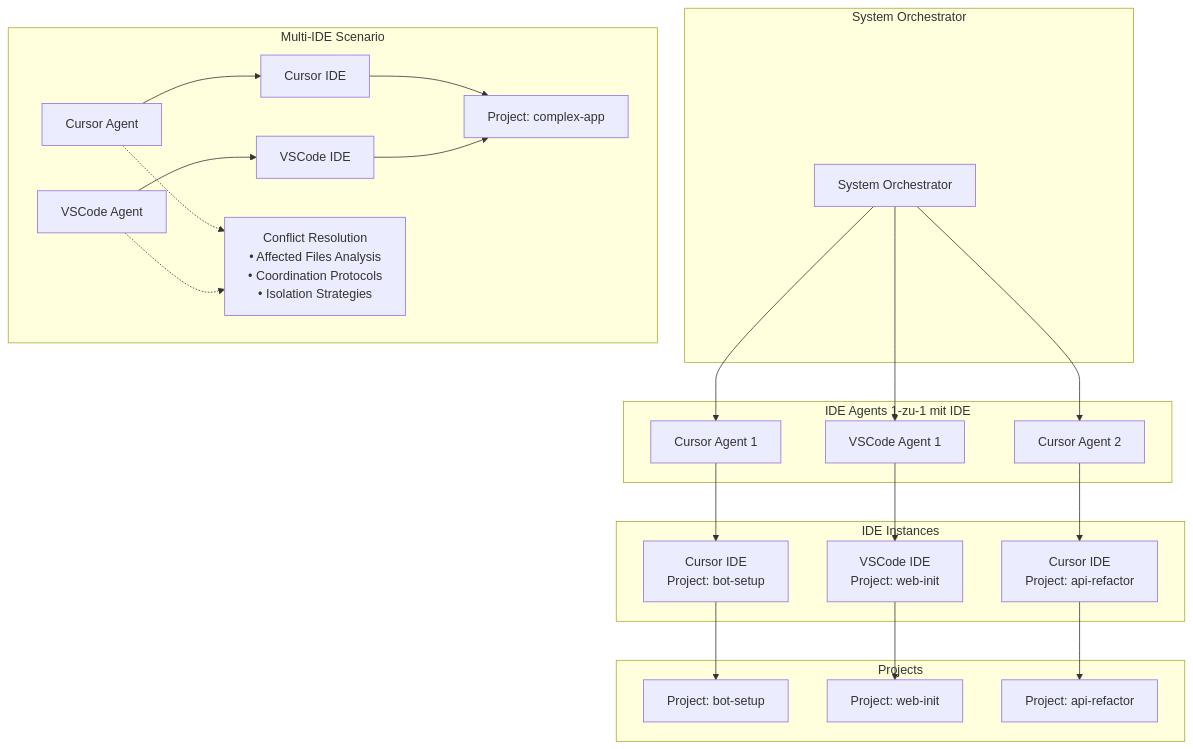
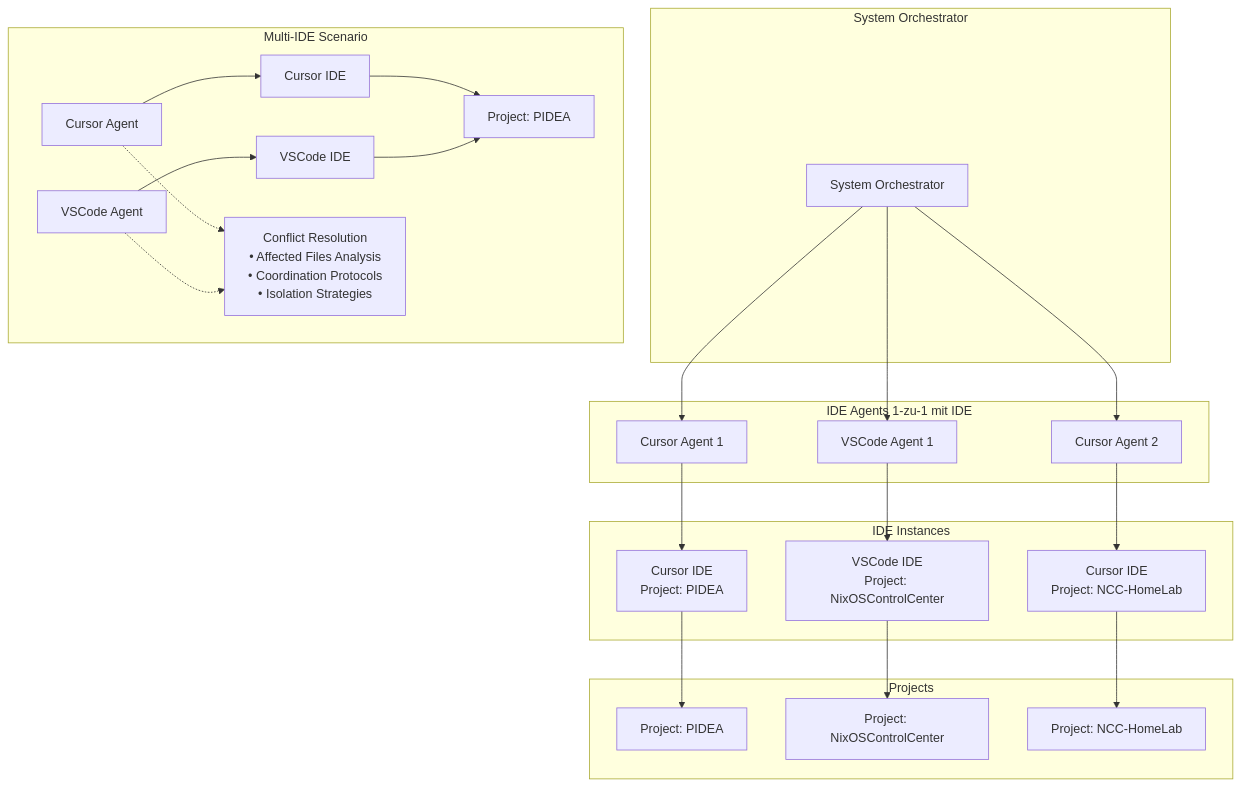
The second of 6 diagrams in docs/architecture/meta-ebenen-capabilities.md (fr4iser90/PIDEA), drawn with Mermaid before and after one commit. The commit also changed other lines of this file and 1 other file, not shown here.

First line of the commit message:
Update Architecture Documentation to Reflect Framework and Workflow Relationships

````diff
--- a/docs/architecture/meta-ebenen-capabilities.md
+++ b/docs/architecture/meta-ebenen-capabilities.md
@@ -78,56 +76,56 @@
 ```mermaid
 graph TB
     subgraph "System Orchestrator"
         SO[System Orchestrator]
     end
     
     subgraph "Projects"
-        P1["Project: bot-setup"]
-        P2["Project: web-init"]
-        P3["Project: api-refactor"]
+        P1["Project: PIDEA"]
+        P2["Project: NixOSControlCenter"]
+        P3["Project: NCC-HomeLab"]
     end
     
     subgraph "IDE Agents 1-zu-1 mit IDE"
         CURSOR1["Cursor Agent 1"]
         CURSOR2["Cursor Agent 2"]
         VSCODE1["VSCode Agent 1"]
     end
     
     subgraph "IDE Instances"
-        IDE1["Cursor IDE\nProject: bot-setup"]
-        IDE2["VSCode IDE\nProject: web-init"]
-        IDE3["Cursor IDE\nProject: api-refactor"]
+        IDE1["Cursor IDE\nProject: PIDEA"]
+        IDE2["VSCode IDE\nProject: NixOSControlCenter"]
+        IDE3["Cursor IDE\nProject: NCC-HomeLab"]
     end
     
     %% 1:1 Relationships
     SO --> CURSOR1
     SO --> VSCODE1
     SO --> CURSOR2
     
     CURSOR1 --> IDE1
     VSCODE1 --> IDE2
     CURSOR2 --> IDE3
     
     IDE1 --> P1
     IDE2 --> P2
     IDE3 --> P3
     
     %% Multi-IDE Scenario
     subgraph "Multi-IDE Scenario"
-        M_PROJECT["Project: complex-app"]
+        M_PROJECT["Project: PIDEA"]
         M_CURSOR["Cursor Agent"]
         M_VSCODE["VSCode Agent"]
         M_CURSOR_IDE["Cursor IDE"]
         M_VSCODE_IDE["VSCode IDE"]
         
         M_CURSOR --> M_CURSOR_IDE
         M_VSCODE --> M_VSCODE_IDE
         M_CURSOR_IDE --> M_PROJECT
         M_VSCODE_IDE --> M_PROJECT
         
         %% Conflict Resolution
         M_CONFLICT["Conflict Resolution\n• Affected Files Analysis\n• Coordination Protocols\n• Isolation Strategies"]
         M_CURSOR -.-> M_CONFLICT
         M_VSCODE -.-> M_CONFLICT
     end
 ```
````
